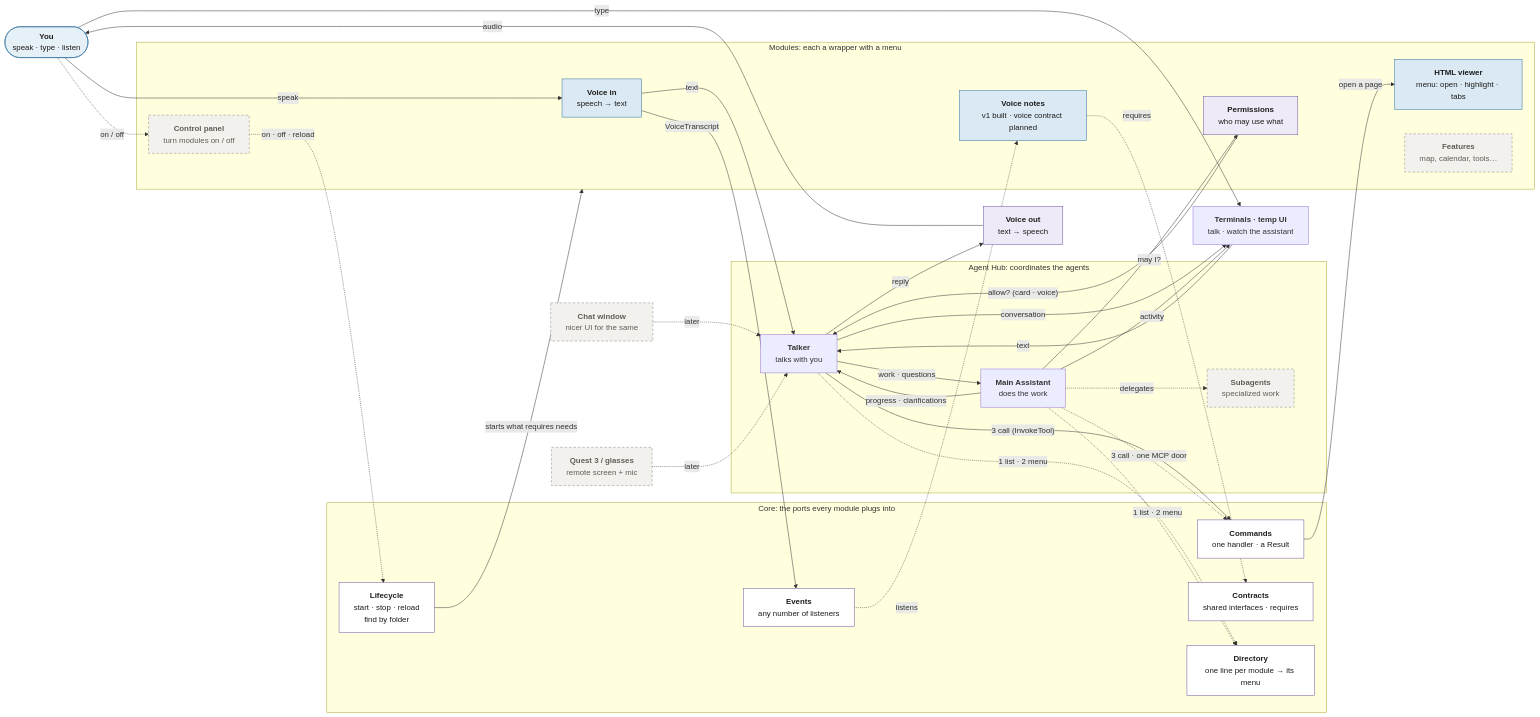
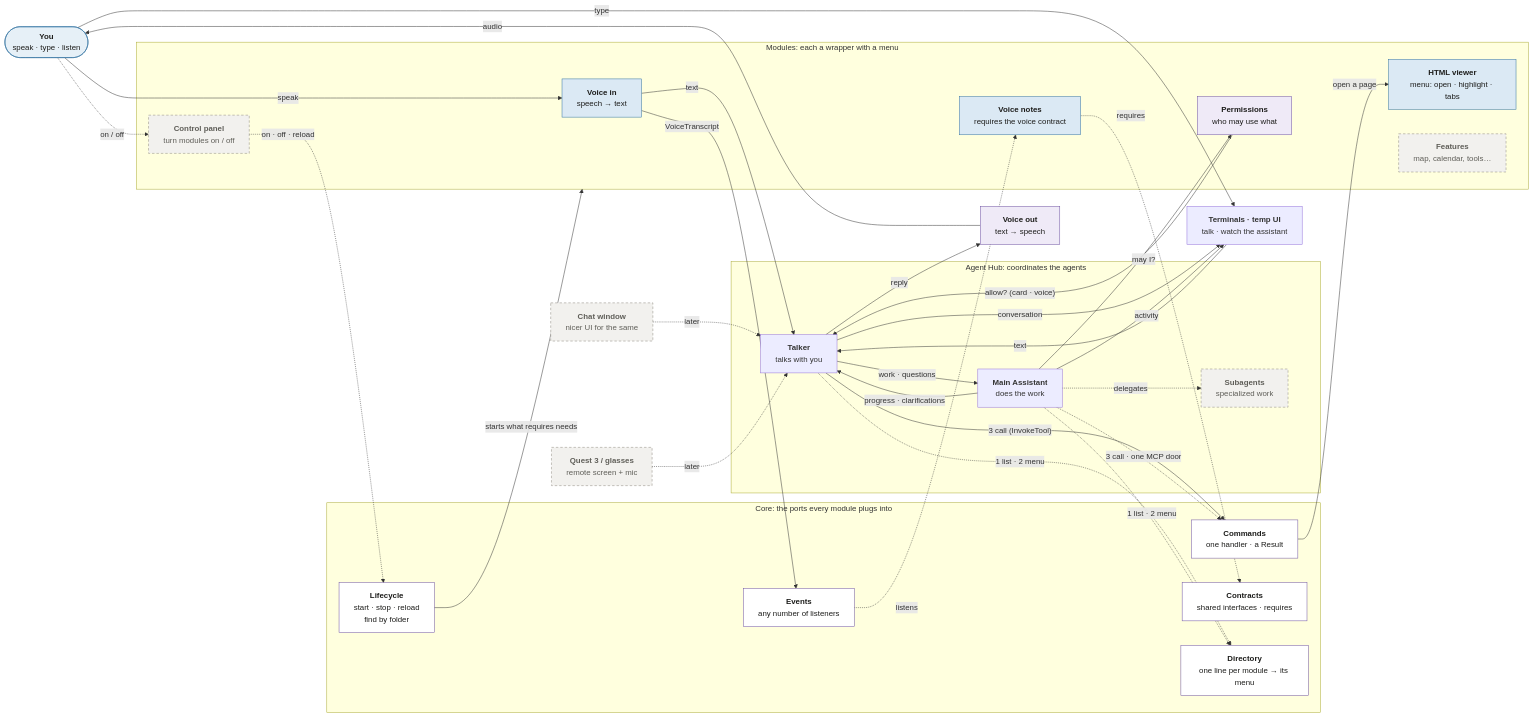
One commit to sharramon/AI_Assistant changed the diagram in docs/architecture/README.md. Above: the diagram before and after it, drawn with Mermaid. The commit also changed other lines of this file and 31 other files, not shown here.

Commit message:
Module system, chunk 6: the voice contract IVoice (voice_in provides, voice_notes requires)

````diff
--- a/docs/architecture/README.md
+++ b/docs/architecture/README.md
@@ -9,69 +9,69 @@
 ```mermaid
 flowchart LR
     You(["<b>You</b><br/>speak · type · listen"])
     Term["<b>Terminals · temp UI</b><br/>talk · watch the assistant"]
     Window["<b>Chat window</b><br/>nicer UI for the same"]
     Quest["<b>Quest 3 / glasses</b><br/>remote screen + mic"]
     VoiceOut["<b>Voice out</b><br/>text → speech"]
 
     subgraph Hub["Agent Hub: coordinates the agents"]
         Talker["<b>Talker</b><br/>talks with you"]
         Main["<b>Main Assistant</b><br/>does the work"]
         Subs["<b>Subagents</b><br/>specialized work"]
         Talker -- work · questions --> Main
         Main -- progress · clarifications --> Talker
         Main -. delegates .-> Subs
     end
 
     subgraph Core["Core: the ports every module plugs into"]
         Life["<b>Lifecycle</b><br/>start · stop · reload<br/>find by folder"]
         Cmds["<b>Commands</b><br/>one handler · a Result"]
         Events["<b>Events</b><br/>any number of listeners"]
         Contracts["<b>Contracts</b><br/>shared interfaces · requires"]
         Dir["<b>Directory</b><br/>one line per module → its menu"]
     end
 
     subgraph Mods["Modules: each a wrapper with a menu"]
         VoiceIn["<b>Voice in</b><br/>speech → text"]
         Viewer["<b>HTML viewer</b><br/>menu: open · highlight · tabs"]
-        Notes["<b>Voice notes</b><br/>v1 built · voice contract planned"]
+        Notes["<b>Voice notes</b><br/>requires the voice contract"]
         Perms["<b>Permissions</b><br/>who may use what"]
         Control["<b>Control panel</b><br/>turn modules on / off"]
         Features["<b>Features</b><br/>map, calendar, tools…"]
     end
 
     You -- speak --> VoiceIn
     You -- type --> Term
     VoiceIn -- text --> Talker
     Term -- text --> Talker
     Talker -- conversation --> Term
     Main -- activity --> Term
     Talker -- reply --> VoiceOut
     VoiceOut -- audio --> You
     Window -. later .-> Talker
     Quest -. later .-> Talker
     Talker -. "1 list · 2 menu" .-> Dir
     Main -. "1 list · 2 menu" .-> Dir
     Talker -- "3 call (InvokeTool)" --> Cmds
     Main -. "3 call · one MCP door" .-> Cmds
     Cmds -- "open a page" --> Viewer
     VoiceIn -- VoiceTranscript --> Events
     Events -. listens .-> Notes
     Notes -. requires .-> Contracts
     Main -- "may I?" --> Perms
     Perms -- "allow? (card · voice)" --> Talker
     You -. on / off .-> Control
     Control -. "on · off · reload" .-> Life
     Life -- "starts what requires needs" --> Mods
 
     classDef planned fill:#efeaf7,stroke:#6b4fa0,color:#1d1d1b
     classDef person fill:#e6f0f7,stroke:#2f6f9f,color:#1d1d1b
     classDef later fill:#f2f1ee,stroke:#8a877c,stroke-dasharray:5 4,color:#5f5e58
     classDef port fill:#ffffff,stroke:#6b4fa0,color:#1d1d1b
     classDef module fill:#dbe9f4,stroke:#2f6f9f,color:#1d1d1b
     class Life,Cmds,Events,Contracts,Dir port
     class VoiceIn,Viewer,Notes module
     class VoiceOut,Perms planned
     class You person
     class Window,Quest,Subs,Control,Features later
 ```
````
